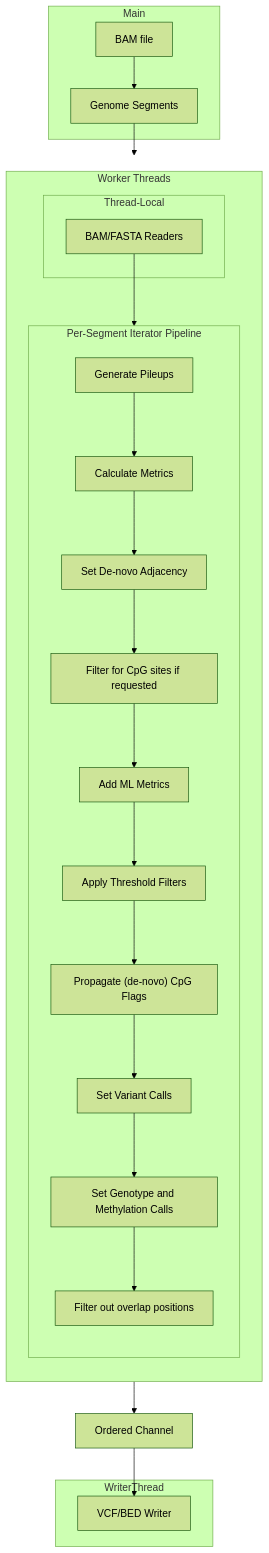
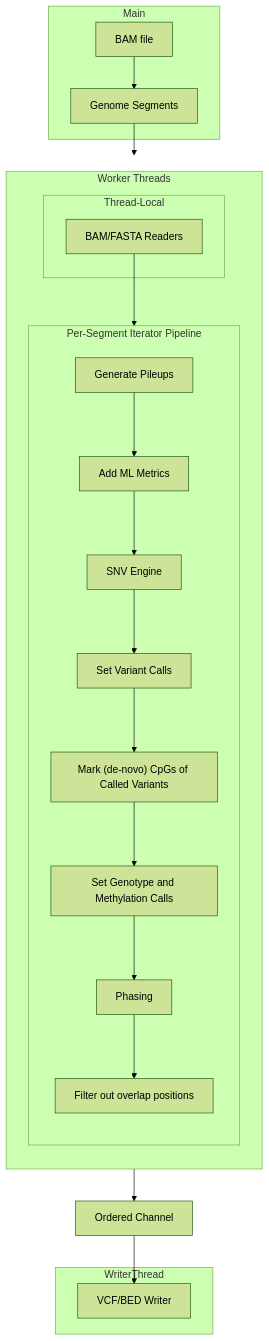
Before and after one commit to bsbludwig/rastair: the diagram in docs/src/architecture.md, drawn with Mermaid (forest theme). The commit also changed other lines of this file and 17 other files, not shown here.

First line of the commit message:
docs: calling, output and architecture as the code has them; CHANGELOG

````diff
--- a/docs/src/architecture.md
+++ b/docs/src/architecture.md
@@ -53,42 +50,40 @@
 ```mermaid
 flowchart TB
     Segments --> Pipeline
-    P10 --> Channel
+    P8 --> Channel
     Channel --> Writer
 
     Channel["Ordered Channel"]
 
     subgraph Main
         BamReader["BAM file"] --> Segments["Genome Segments"]
     end
     
     subgraph WriterThread
         Writer["VCF/BED Writer"]
     end
 
     subgraph Worker[Worker Threads]
         direction TB
 
         subgraph TLS["Thread-Local"]
             Readers["BAM/FASTA Readers"]
         end
 
         subgraph Pipeline["Per-Segment Iterator Pipeline"]
             direction TB
             
             P1[Generate Pileups]
-            P2[Calculate Metrics]
-            P3[Set De-novo Adjacency]
-            P4[Filter for CpG sites if requested]
-            P5[Add ML Metrics]
-            P6[Apply Threshold Filters]
-            P7["Propagate (de-novo) CpG Flags"]
-            P8[Set Variant Calls]
-            P9[Set Genotype and Methylation Calls]
-            P10[Filter out overlap positions]
-            
-            P1 --> P2 --> P3 --> P4 --> P5 --> P6 --> P7 --> P8 --> P9 --> P10
+            P2[Add ML Metrics]
+            P3[SNV Engine]
+            P4[Set Variant Calls]
+            P5["Mark (de-novo) CpGs of Called Variants"]
+            P6[Set Genotype and Methylation Calls]
+            P7[Phasing]
+            P8[Filter out overlap positions]
+
+            P1 --> P2 --> P3 --> P4 --> P5 --> P6 --> P7 --> P8
             Readers --> P1
         end 
     end
 ```
````
